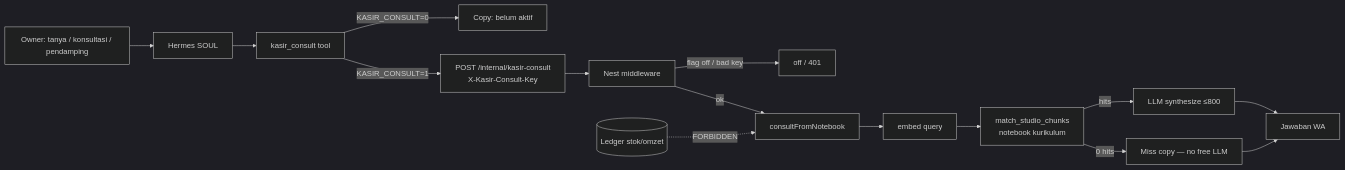
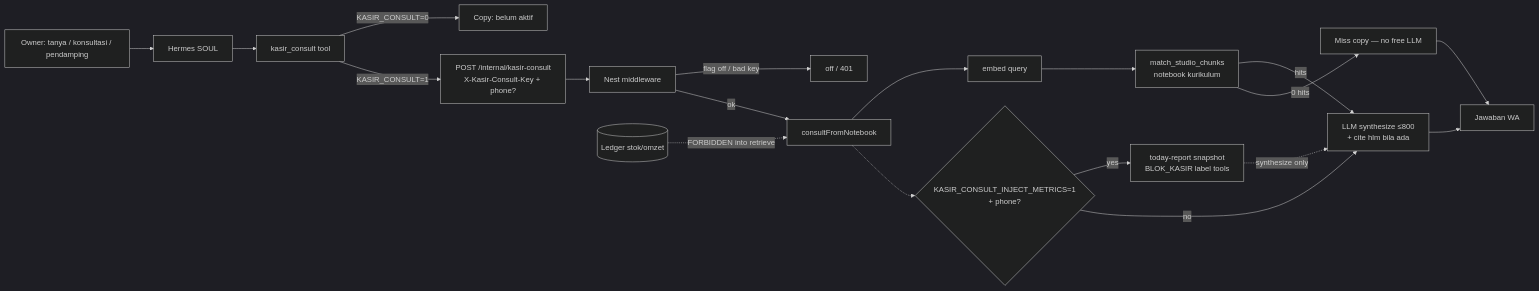
Before and after one commit to nusantarasoft/juragan-aibuilder-cup: the diagram in diagrams/aistudio/umkm-wa/system/L9-kasir-consult.mmd, drawn with Mermaid (dark theme). The commit also changed 23 other files, not shown here.

First line of the commit message:
feat(kasir): cite PDF hlm in consult replies; optional metrics inject

```diff
--- a/diagrams/aistudio/umkm-wa/system/L9-kasir-consult.mmd
+++ b/diagrams/aistudio/umkm-wa/system/L9-kasir-consult.mmd
@@ -1,18 +1,25 @@
 %% System L9: kurikulum consult hop (eng / ops)
 %% Hermes kasir_consult → Nest double-gate → Studio RAG notebook → WA copy
+%% Cite: hlm from chunk "-- N of M --". Optional metrics: KASIR_CONSULT_INJECT_METRICS.
 flowchart LR
   O[Owner: tanya / konsultasi / pendamping] --> H[Hermes SOUL]
   H --> T[kasir_consult tool]
   T -->|KASIR_CONSULT=0| Off[Copy: belum aktif]
-  T -->|KASIR_CONSULT=1| HTTP[POST /internal/kasir-consult<br/>X-Kasir-Consult-Key]
+  T -->|KASIR_CONSULT=1| HTTP[POST /internal/kasir-consult<br/>X-Kasir-Consult-Key + phone?]
   HTTP --> N[Nest middleware]
   N -->|flag off / bad key| Off2[off / 401]
   N -->|ok| Rag[consultFromNotebook]
   Rag --> Emb[embed query]
   Emb --> Match[match_studio_chunks<br/>notebook kurikulum]
-  Match -->|hits| Syn[LLM synthesize ≤800]
+  Match -->|hits| Syn[LLM synthesize ≤800<br/>+ cite hlm bila ada]
   Match -->|0 hits| Miss[Miss copy — no free LLM]
   Syn --> WA[Jawaban WA]
   Miss --> WA
 
-  DB[(Ledger stok/omzet)] -.->|FORBIDDEN| Rag
+  Inj{KASIR_CONSULT_INJECT_METRICS=1<br/>+ phone?}
+  Rag -.-> Inj
+  Inj -->|yes| Snap[today-report snapshot<br/>BLOK_KASIR label tools]
+  Snap -.->|synthesize only| Syn
+  Inj -->|no| Syn
+
+  DB[(Ledger stok/omzet)] -.->|FORBIDDEN into retrieve| Rag
```
